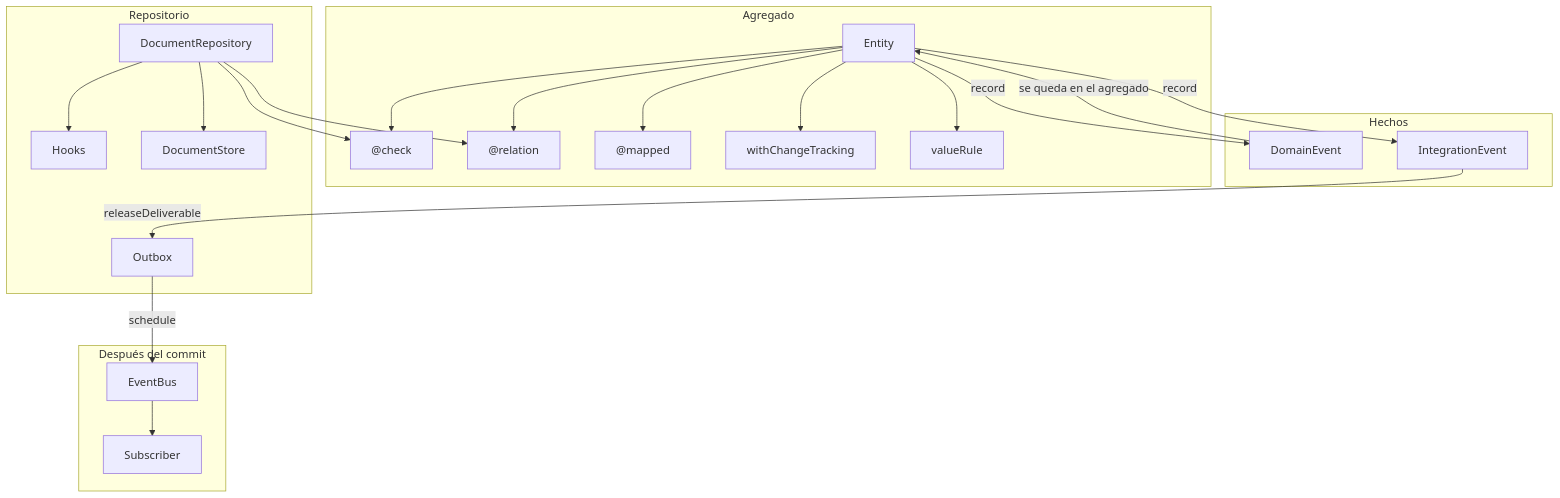
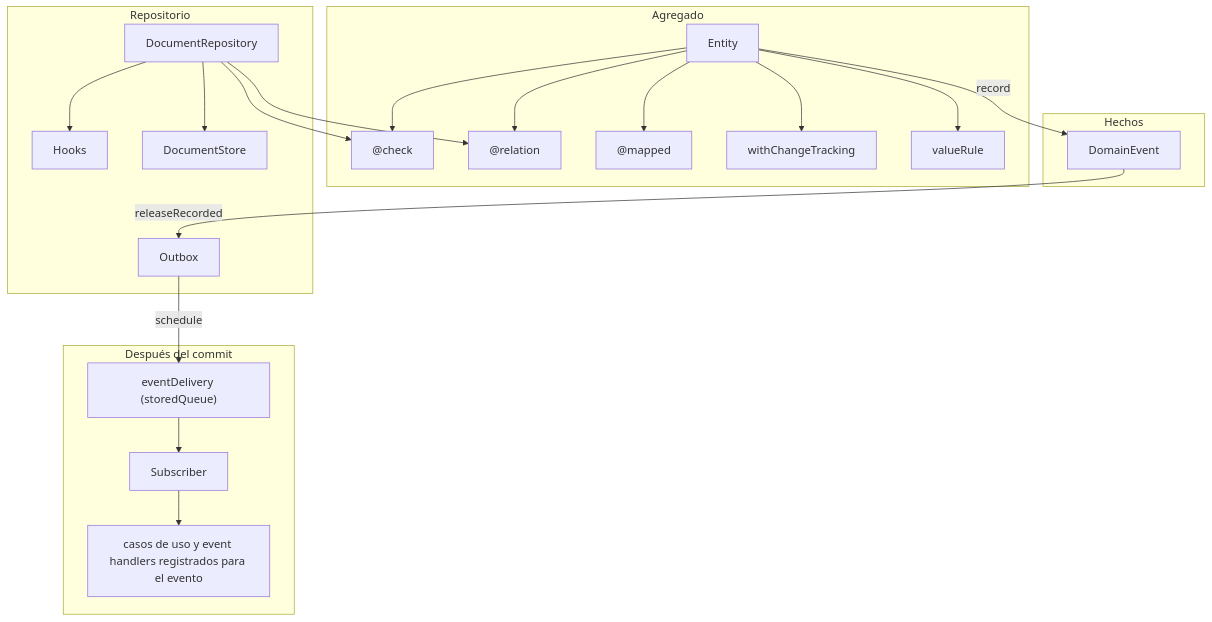
The first of 3 diagrams in docs/architecture-aggregate.md (Sincpro-SRL/sincpro_mobile), drawn with Mermaid before and after one commit. The commit also changed other lines of this file and 46 other files, not shown here.

````diff
--- a/docs/architecture-aggregate.md
+++ b/docs/architecture-aggregate.md
@@ -31,44 +30,43 @@
 ```mermaid
 flowchart TB
   subgraph agregado [Agregado]
     entity[Entity]
     checks["@check"]
     relation["@relation"]
     mapped["@mapped"]
     tracked[withChangeTracking]
     values[valueRule]
   end
 
   subgraph hechos [Hechos]
     domainEvent[DomainEvent]
-    integrationEvent[IntegrationEvent]
   end
 
   subgraph puerto [Repositorio]
     hooks[Hooks]
     repo[DocumentRepository]
     store[DocumentStore]
     outbox[Outbox]
   end
 
   subgraph despues [Después del commit]
-    bus[EventBus]
+    queue["eventDelivery (storedQueue)"]
     subscriber[Subscriber]
+    useCase["casos de uso y event handlers registrados para el evento"]
   end
 
   entity --> checks
   entity --> relation
   entity --> mapped
   entity --> tracked
   entity --> values
   entity -->|record| domainEvent
-  entity -->|record| integrationEvent
   repo --> hooks
   repo --> checks
   repo --> relation
   repo --> store
-  integrationEvent -->|releaseDeliverable| outbox
-  domainEvent -->|se queda en el agregado| entity
-  outbox -->|schedule| bus
-  bus --> subscriber
+  domainEvent -->|releaseRecorded| outbox
+  outbox -->|schedule| queue
+  queue --> subscriber
+  subscriber --> useCase
 ```
````
